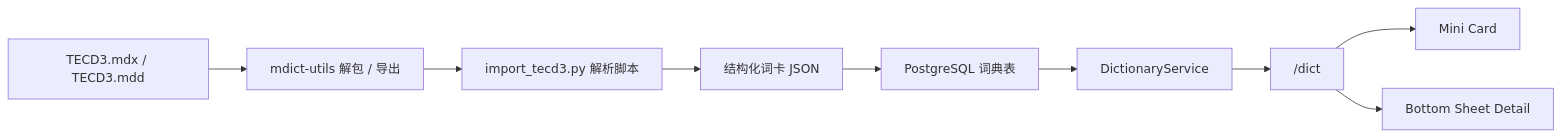
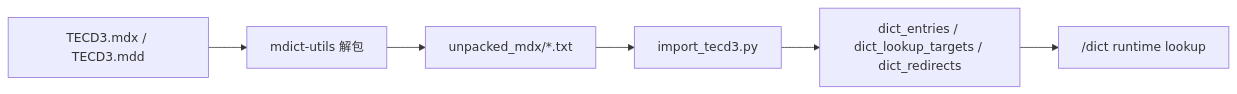
Before and after one commit to NanProduced/interpretation-of-english-articles: the diagram in docs/architecture/tecd3-local-dictionary-integration.md, drawn with Mermaid. The commit also changed other lines of this file and 2 other files, not shown here.

First line of the commit message:
feat(tecd3): 增强词性标签归一化与多例句处理

````diff
--- a/docs/architecture/tecd3-local-dictionary-integration.md
+++ b/docs/architecture/tecd3-local-dictionary-integration.md
@@ -104,11 +62,8 @@
 ```mermaid
 flowchart LR
-  A["TECD3.mdx / TECD3.mdd"] --> B["mdict-utils 解包 / 导出"]
-  B --> C["import_tecd3.py 解析脚本"]
-  C --> D["结构化词卡 JSON"]
-  D --> E["PostgreSQL 词典表"]
-  E --> F["DictionaryService"]
-  F --> G["/dict"]
-  G --> H["Mini Card"]
-  G --> I["Bottom Sheet Detail"]
+  A["TECD3.mdx / TECD3.mdd"] --> B["mdict-utils 解包"]
+  B --> C["unpacked_mdx/*.txt"]
+  C --> D["import_tecd3.py"]
+  D --> E["dict_entries / dict_lookup_targets / dict_redirects"]
+  E --> F["/dict runtime lookup"]
 ```
````
